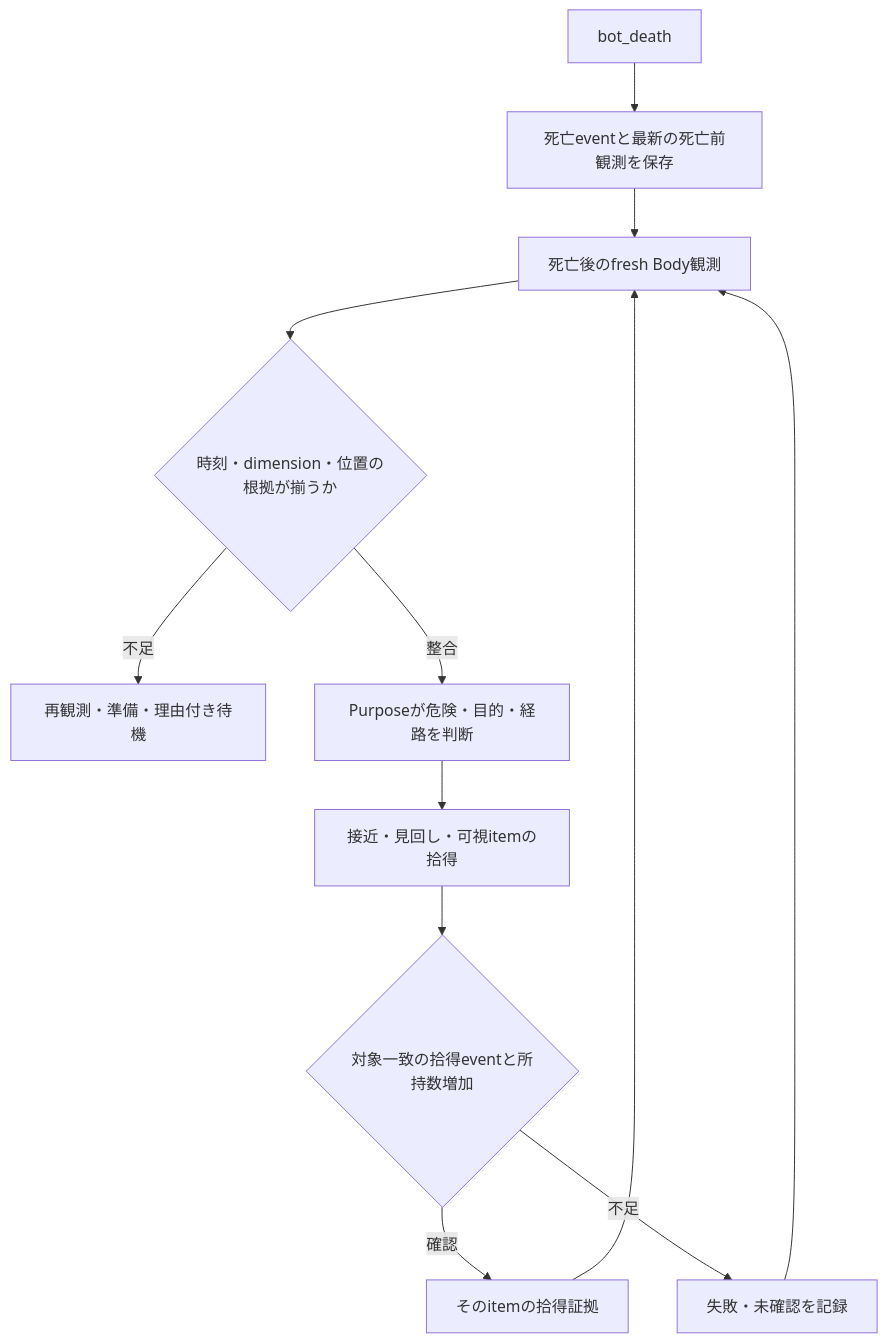
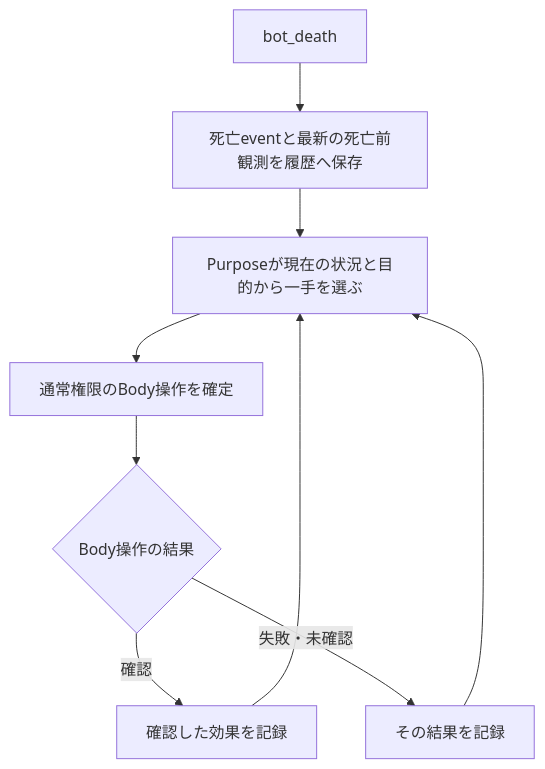
Before and after one commit to stillshore-chirp/mc-bot-egent-practice-2: the fourth of 4 diagrams in docs/autonomous-player.md, drawn with Mermaid. The commit also changed other lines of this file and 2 other files, not shown here.

````diff
--- a/docs/autonomous-player.md
+++ b/docs/autonomous-player.md
@@ -190,14 +192,11 @@
 ```mermaid
 flowchart TD
-    Death["bot_death"] --> Save["死亡eventと最新の死亡前観測を保存"]
-    Save --> Fresh["死亡後のfresh Body観測"]
-    Fresh --> Check{"時刻・dimension・位置の根拠が揃うか"}
-    Check -->|"不足"| Observe["再観測・準備・理由付き待機"]
-    Check -->|"整合"| Judge["Purposeが危険・目的・経路を判断"]
-    Judge --> Search["接近・見回し・可視itemの拾得"]
-    Search --> Receipt{"対象一致の拾得eventと所持数増加"}
-    Receipt -->|"確認"| Partial["そのitemの拾得証拠"]
-    Receipt -->|"不足"| Unknown["失敗・未確認を記録"]
-    Partial --> Fresh
-    Unknown --> Fresh
+    Death["bot_death"] --> Save["死亡eventと最新の死亡前観測を履歴へ保存"]
+    Save --> Judge["Purposeが現在の状況と目的から一手を選ぶ"]
+    Judge --> Action["通常権限のBody操作を確定"]
+    Action --> Receipt{"Body操作の結果"}
+    Receipt -->|"確認"| Partial["確認した効果を記録"]
+    Receipt -->|"失敗・未確認"| Unknown["その結果を記録"]
+    Partial --> Judge
+    Unknown --> Judge
 ```
````
